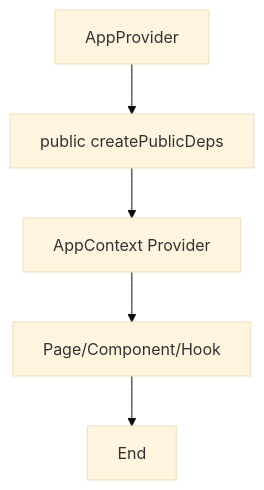
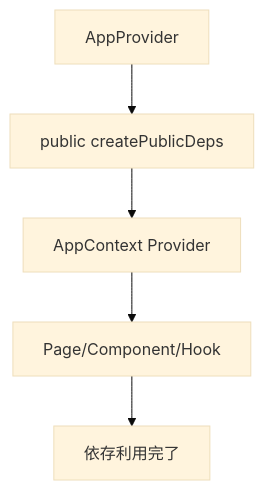
The second of 2 diagrams in .github/copilot/plans/00-nextjs-plugin-ssot.md (LevelCapTech/Agile-PMBOK-Assist), drawn with Mermaid (base theme) before and after one commit.

Commit message:
fix: フロー図の終端表現を補足
依存利用完了の終端ノードとして明示し、図の意味を明確化した。

````diff
--- a/.github/copilot/plans/00-nextjs-plugin-ssot.md
+++ b/.github/copilot/plans/00-nextjs-plugin-ssot.md
@@ -67,7 +67,7 @@
 ```mermaid
 flowchart TD
   A[AppProvider] --> B[public createPublicDeps]
   B --> C[AppContext Provider]
   C --> D[Page/Component/Hook]
-  D --> E[End]
+  D --> E[依存利用完了]
 ```
````
